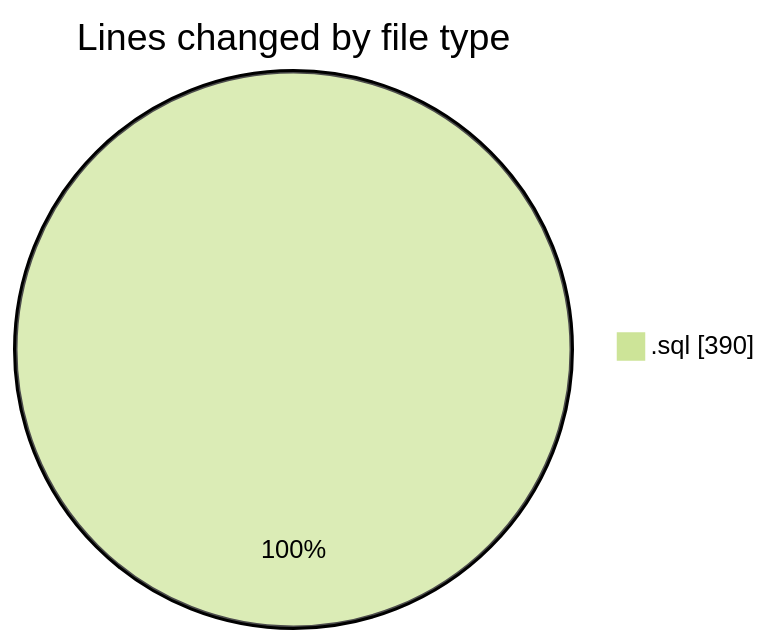
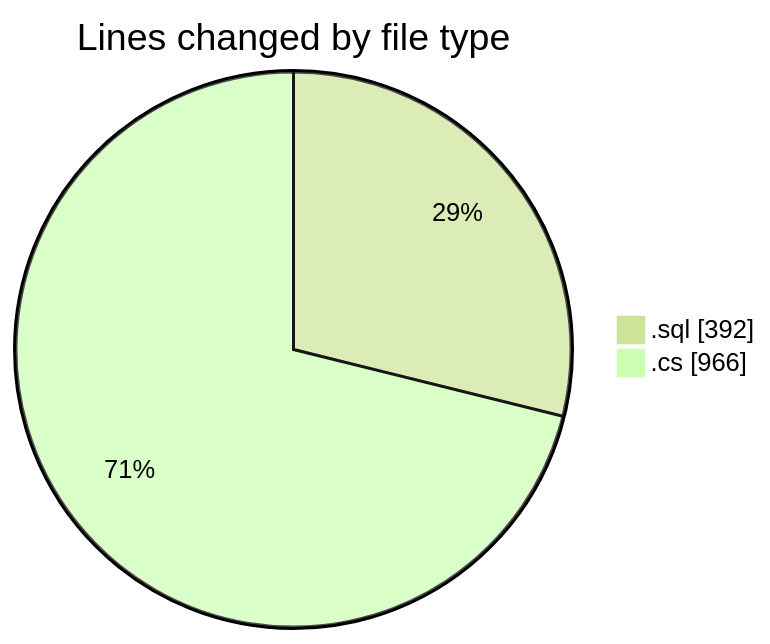
Before and after one commit to lephambinh05/code-tracking: the first of 2 diagrams in 2025-07-23/quanlyrapchieuphim/README.md, drawn with Mermaid (forest theme). The commit also changed other lines of this file and 1 other file, not shown here.

````diff
--- a/2025-07-23/quanlyrapchieuphim/README.md
+++ b/2025-07-23/quanlyrapchieuphim/README.md
@@ -20,5 +22,6 @@
 ```mermaid
 pie showData
 title Lines changed by file type
-".sql" : 390
+".sql" : 392
+".cs" : 966
 ```
````
